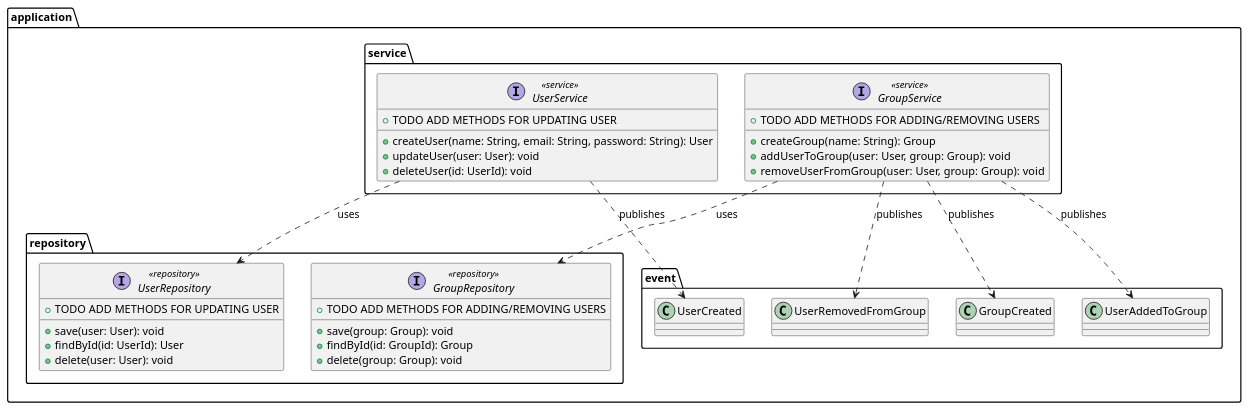
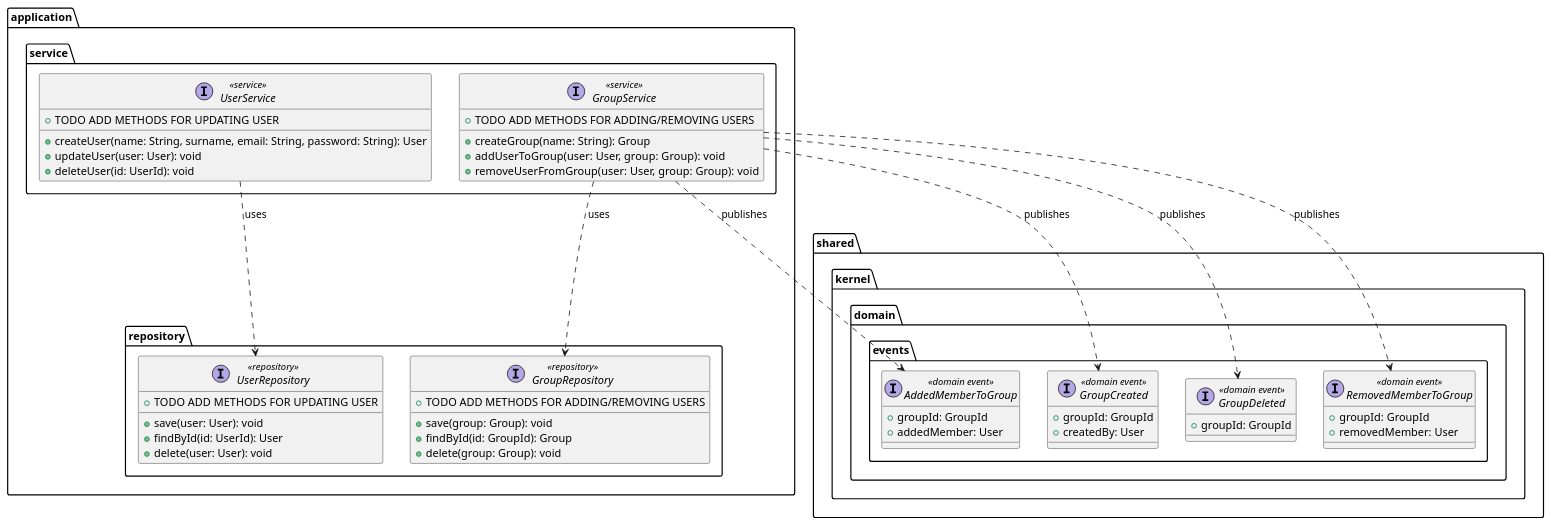
The second of 3 diagrams in content/docs/4-detailed-design/5-user-groups-service.md (position-pal/Documentation), drawn with PlantUML before and after one commit. The commit also changed other lines of this file and 13 other files, not shown here.

````diff
--- a/content/docs/4-detailed-design/5-user-groups-service.md
+++ b/content/docs/4-detailed-design/5-user-groups-service.md
@@ -98,45 +70,65 @@
 ```plantuml
 @startuml user-group-service-application
-package application{
+package application {
   package repository {
     interface UserRepository <<repository>> {
       + save(user: User): void
       + findById(id: UserId): User
       + delete(user: User): void
 
       + TODO ADD METHODS FOR UPDATING USER
     }
     interface GroupRepository <<repository>> {
       + save(group: Group): void
       + findById(id: GroupId): Group
       + delete(group: Group): void
 
       + TODO ADD METHODS FOR ADDING/REMOVING USERS
     }
   }
   
   package service {
     interface UserService <<service>> {
-      + createUser(name: String, email: String, password: String): User
+      + createUser(name: String, surname, email: String, password: String): User
       + updateUser(user: User): void
       + deleteUser(id: UserId): void
 
       + TODO ADD METHODS FOR UPDATING USER
     }
     interface GroupService <<service>> {
       + createGroup(name: String): Group
       + addUserToGroup(user: User, group: Group): void
       + removeUserFromGroup(user: User, group: Group): void
 
-            + TODO ADD METHODS FOR ADDING/REMOVING USERS
+      + TODO ADD METHODS FOR ADDING/REMOVING USERS
     }
   }
-  service.UserService ..> repository.UserRepository : uses
-  service.GroupService ..> repository.GroupRepository : uses
-  service.UserService ..> event.UserCreated : publishes
-  service.GroupService ..> event.GroupCreated : publishes
-  service.GroupService ..> event.UserAddedToGroup : publishes
-  service.GroupService ..> event.UserRemovedFromGroup : publishes
 }
+
+package shared.kernel.domain.events {
+    interface AddedMemberToGroup <<domain event>> {
+        + groupId: GroupId
+        + addedMember: User
+    }
+    interface GroupCreated <<domain event>> {
+        + groupId: GroupId
+        + createdBy: User
+    }
+    interface GroupDeleted <<domain event>> {
+        + groupId: GroupId
+    }
+    interface RemovedMemberToGroup <<domain event>> {
+        + groupId: GroupId
+        + removedMember: User
+    }
+}
+
+  application.service.UserService ..> application.repository.UserRepository : uses
+  application.service.GroupService ..> application.repository.GroupRepository : uses
+  application.service.GroupService ..> shared.kernel.domain.events.GroupDeleted : publishes
+  application.service.GroupService ..> shared.kernel.domain.events.GroupCreated : publishes
+  application.service.GroupService ..> shared.kernel.domain.events.AddedMemberToGroup : publishes
+  application.service.GroupService ..> shared.kernel.domain.events.RemovedMemberToGroup : publishes
+
 @enduml
 ```
````
